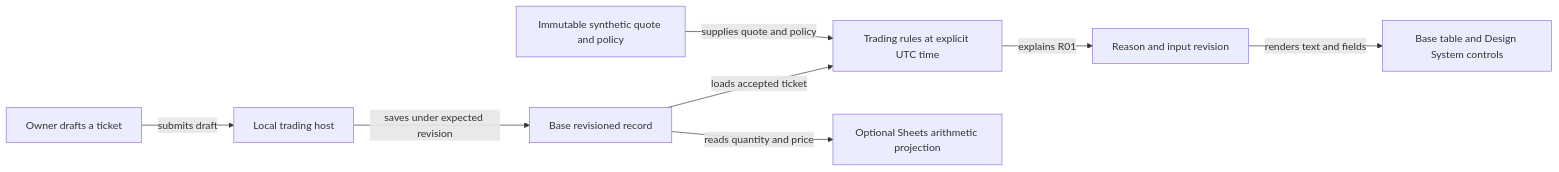
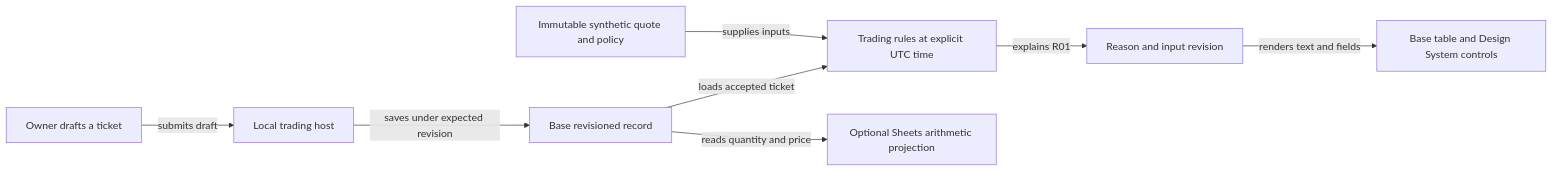
The first of 3 diagrams in undocumented-draft/prd-tad-adr-mvp-gtm-agentic-trading.md (huijoohwee/joohwee), drawn with Mermaid before and after one commit. The commit also changed other lines of this file and 1 other file, not shown here.

First line of the commit message:
docs(trading): sync joohwee mirror to owner 0.14.0 / Skills 0.10.0 (#49)

````diff
--- a/undocumented-draft/prd-tad-adr-mvp-gtm-agentic-trading.md
+++ b/undocumented-draft/prd-tad-adr-mvp-gtm-agentic-trading.md
@@ -154,18 +200,7 @@
 ```mermaid
 flowchart LR
-  fixture["Immutable synthetic quote and policy"]
-  core["Trading rules at explicit UTC time"]
-  fixture -->|"supplies quote and policy"| core
-  ticket["Owner drafts a ticket"]
-  host["Local trading host"]
-  ticket -->|"submits draft"| host
-  base["Base revisioned record"]
-  host -->|"saves under expected revision"| base
-  base -->|"loads accepted ticket"| core
-  result["Reason and input revision"]
-  core -->|"explains R01"| result
-  view["Base table and Design System controls"]
-  result -->|"renders text and fields"| view
-  sheet["Optional Sheets arithmetic projection"]
-  base -->|"reads quantity and price"| sheet
+  fixture["Immutable synthetic quote and policy"] -->|"supplies inputs"| core["Trading rules at explicit UTC time"]
+  ticket["Owner drafts a ticket"] -->|"submits draft"| host["Local trading host"] -->|"saves under expected revision"| base["Base revisioned record"]
+  base -->|"loads accepted ticket"| core -->|"explains R01"| result["Reason and input revision"] -->|"renders text and fields"| view["Base table and Design System controls"]
+  base -->|"reads quantity and price"| sheet["Optional Sheets arithmetic projection"]
 ```
````
